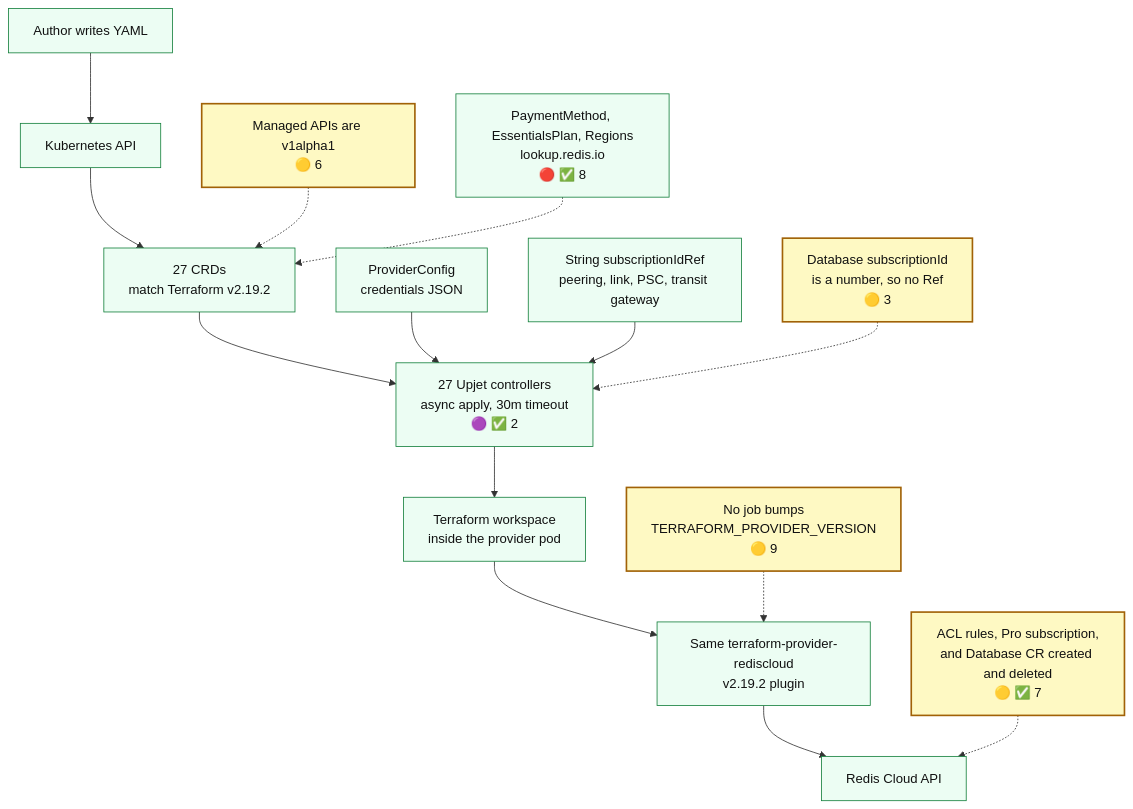
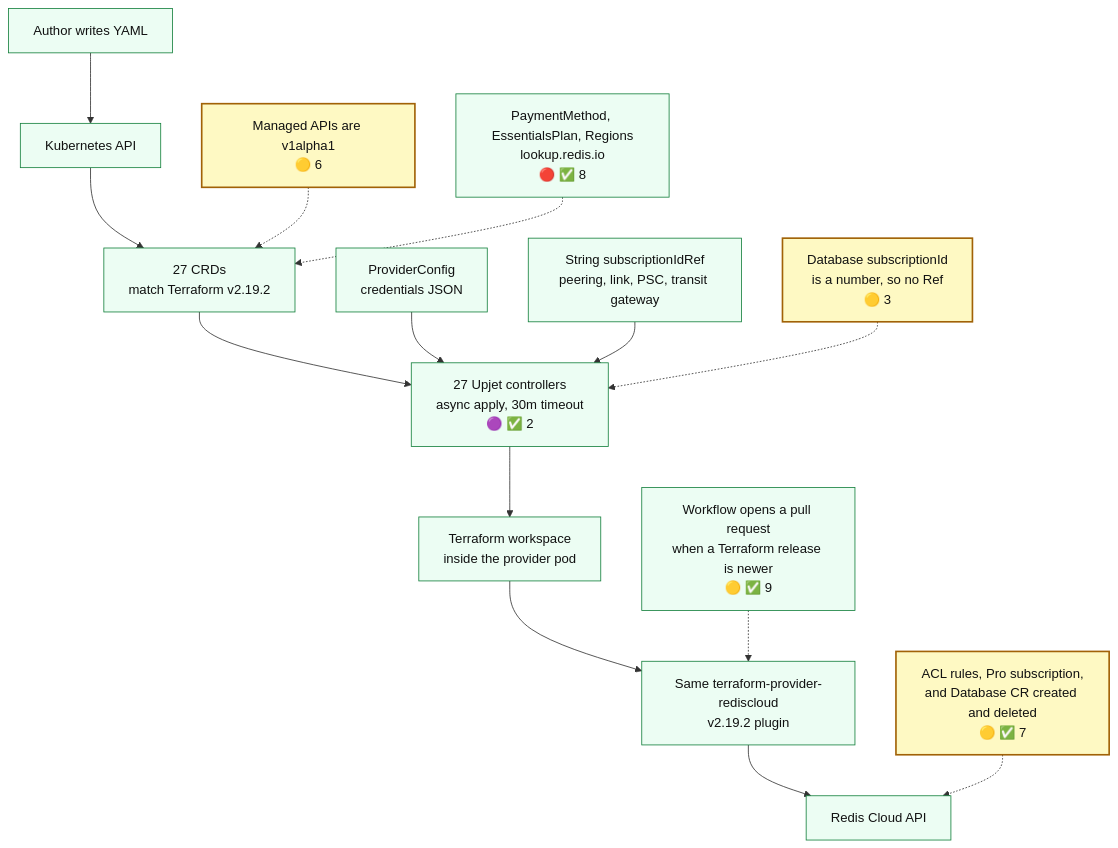
One commit to RedisLabs/crossplane-provider-rediscloud changed the second of 2 diagrams in docs/terraform-alignment.md. Above: the diagram before and after it, drawn with Mermaid. The commit also changed other lines of this file and 6 other files, not shown here.

First line of the commit message:
Open a pull request when the Terraform provider releases.

````diff
--- a/docs/terraform-alignment.md
+++ b/docs/terraform-alignment.md
@@ -76,34 +76,34 @@
 ```mermaid
 flowchart TB
   classDef present fill:#ecfdf3,stroke:#15803d,color:#111
   classDef high fill:#fee2e2,stroke:#b91c1c,stroke-width:2px,color:#111
   classDef medium fill:#fef9c3,stroke:#a16207,stroke-width:2px,color:#111
 
   author["Author writes YAML"]
   k8s["Kubernetes API"]
   crd["27 CRDs\nmatch Terraform v2.19.2"]
   alpha["Managed APIs are v1alpha1\n🟡 6"]
   pc["ProviderConfig\ncredentials JSON"]
   refs["String subscriptionIdRef\npeering, link, PSC, transit gateway"]
   dbref["Database subscriptionId\nis a number, so no Ref\n🟡 3"]
   lookup["PaymentMethod, EssentialsPlan, Regions\nlookup.redis.io\n🔴 ✅ 8"]
   ctrl["27 Upjet controllers\nasync apply, 30m timeout\n🟣 ✅ 2"]
   ws["Terraform workspace\ninside the provider pod"]
   plugin["Same terraform-provider-rediscloud\nv2.19.2 plugin"]
   cloud["Redis Cloud API"]
   proof["ACL rules, Pro subscription,\nand Database CR created and deleted\n🟡 ✅ 7"]
-  stale["No job bumps\nTERRAFORM_PROVIDER_VERSION\n🟡 9"]
+  track["Workflow opens a pull request\nwhen a Terraform release is newer\n🟡 ✅ 9"]
 
   author --> k8s --> crd --> ctrl
   alpha -.-> crd
   pc --> ctrl
   refs --> ctrl
   dbref -.-> ctrl
   lookup -.-> crd
   ctrl --> ws --> plugin --> cloud
   proof -.-> cloud
-  stale -.-> plugin
+  track -.-> plugin
 
-  class author,k8s,crd,pc,refs,ctrl,ws,plugin,cloud,lookup present
-  class alpha,dbref,stale,proof medium
+  class author,k8s,crd,pc,refs,ctrl,ws,plugin,cloud,lookup,track present
+  class alpha,dbref,proof medium
 ```
````
